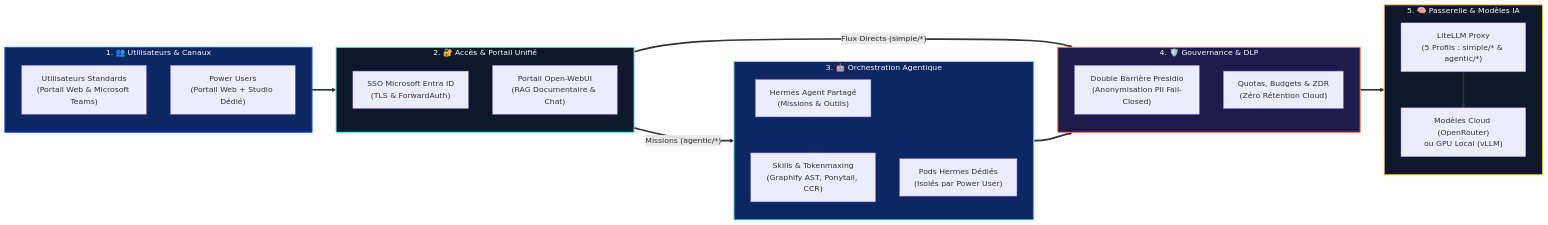
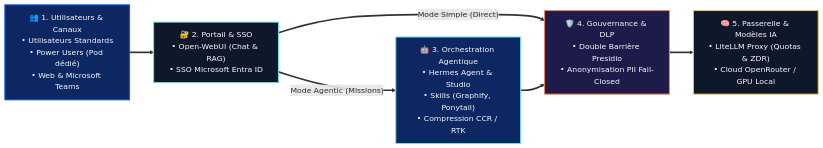
Before and after one commit to nicolastheuil/ArcIA: the diagram in README.md, drawn with Mermaid. The commit also changed other lines of this file and 2 other files, not shown here.

Commit message:
docs(v0.4): refine 5-node macro-concepts diagram in root README and sync runbooks with Zero-Downtime update journey

````diff
--- a/README.md
+++ b/README.md
@@ -88,47 +89,20 @@
 ```mermaid
 flowchart LR
-    subgraph Users ["1. 👥 Utilisateurs & Canaux"]
-        direction TB
-        U1["Utilisateurs Standards<br/>(Portail Web & Microsoft Teams)"]
-        U2["Power Users<br/>(Portail Web + Studio Dédié)"]
-    end
+    U["👥 1. Utilisateurs & Canaux<br/>• Utilisateurs Standards<br/>• Power Users (Pod dédié)<br/>• Web & Microsoft Teams"]
+    P["🔐 2. Portail & SSO<br/>• Open-WebUI (Chat & RAG)<br/>• SSO Microsoft Entra ID"]
+    A["🤖 3. Orchestration Agentique<br/>• Hermes Agent & Studio<br/>• Skills (Graphify, Ponytail)<br/>• Compression CCR / RTK"]
+    D["🛡️ 4. Gouvernance & DLP<br/>• Double Barrière Presidio<br/>• Anonymisation PII Fail-Closed"]
+    L["🧠 5. Passerelle & Modèles IA<br/>• LiteLLM Proxy (Quotas & ZDR)<br/>• Cloud OpenRouter / GPU Local"]
 
-    subgraph Access ["2. 🔐 Accès & Portail Unifié"]
-        direction TB
-        SSO["SSO Microsoft Entra ID<br/>(TLS & ForwardAuth)"]
-        WebUI["Portail Open-WebUI<br/>(RAG Documentaire & Chat)"]
-    end
+    U ==> P
+    P ==>|"Mode Simple (Direct)"| D
+    P ==>|"Mode Agentic (Missions)"| A
+    A ==> D
+    D ==> L
 
-    subgraph Orchestration ["3. 🤖 Orchestration Agentique"]
-        direction TB
-        HermesShared["Hermes Agent Partagé<br/>(Missions & Outils)"]
-        HermesDedicated["Pods Hermes Dédiés<br/>(Isolés par Power User)"]
-        Skills["Skills & Tokenmaxing<br/>(Graphify AST, Ponytail, CCR)"]
-    end
-
-    subgraph Shield ["4. 🛡️ Gouvernance & DLP"]
-        direction TB
-        Presidio["Double Barrière Presidio<br/>(Anonymisation PII Fail-Closed)"]
-        Audit["Quotas, Budgets & ZDR<br/>(Zéro Rétention Cloud)"]
-    end
-
-    subgraph Inference ["5. 🧠 Passerelle & Modèles IA"]
-        direction TB
-        LiteLLM["LiteLLM Proxy<br/>(5 Profils : simple/* & agentic/*)"]
-        Models["Modèles Cloud (OpenRouter)<br/>ou GPU Local (vLLM)"]
-    end
-
-    Users ==> Access
-    Access ==>|"Flux Directs (simple/*)"| Shield
-    Access ==>|"Missions (agentic/*)"| Orchestration
-    Orchestration <==> Skills
-    Orchestration ==> Shield
-    Shield ==> Inference
-    LiteLLM ==> Models
-
-    style Users fill:#0C2762,stroke:#1659E4,stroke-width:2px,color:#F8FAFC
-    style Access fill:#0F172A,stroke:#6BE7DD,stroke-width:2px,color:#F8FAFC
-    style Orchestration fill:#0C2762,stroke:#6BE7DD,stroke-width:2px,color:#F8FAFC
-    style Shield fill:#1E1B4B,stroke:#FA7B4E,stroke-width:2px,color:#F8FAFC
-    style Inference fill:#0F172A,stroke:#F1C557,stroke-width:2px,color:#F8FAFC
+    style U fill:#0C2762,stroke:#1659E4,stroke-width:2px,color:#F8FAFC
+    style P fill:#0F172A,stroke:#6BE7DD,stroke-width:2px,color:#F8FAFC
+    style A fill:#0C2762,stroke:#6BE7DD,stroke-width:2px,color:#F8FAFC
+    style D fill:#1E1B4B,stroke:#FA7B4E,stroke-width:2px,color:#F8FAFC
+    style L fill:#0F172A,stroke:#F1C557,stroke-width:2px,color:#F8FAFC
 ```
````
